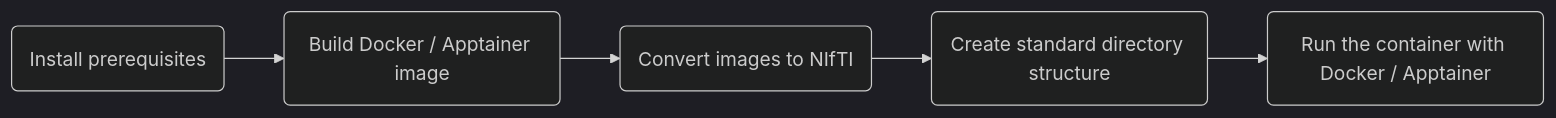
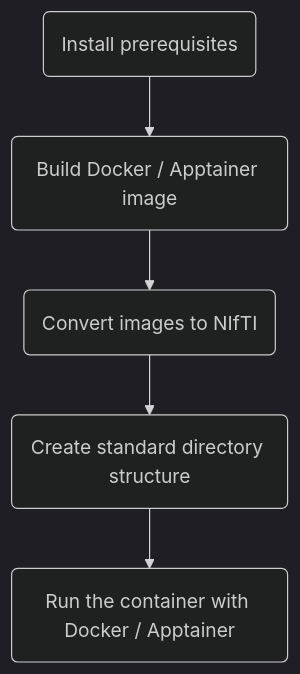
Before and after one commit to UCL-ARC/Enigma-PD-WML: the diagram in README.md, drawn with Mermaid (dark theme).

Commit message:
make diagram top down

````diff
--- a/README.md
+++ b/README.md
@@ -25,13 +25,13 @@
 ```mermaid
 %%{init: {"flowchart": {"htmlLabels": false}} }%%
-flowchart LR
+flowchart TD
     installation("`Install prerequisites`")
     build("`Build Docker / Apptainer image`")
     convert("`Convert images to NIfTI`")
     structure("`Create standard directory structure`")
     run("`Run the container with Docker / Apptainer`")
     installation --> build
     build --> convert
     convert --> structure
     structure --> run
 ```
````
